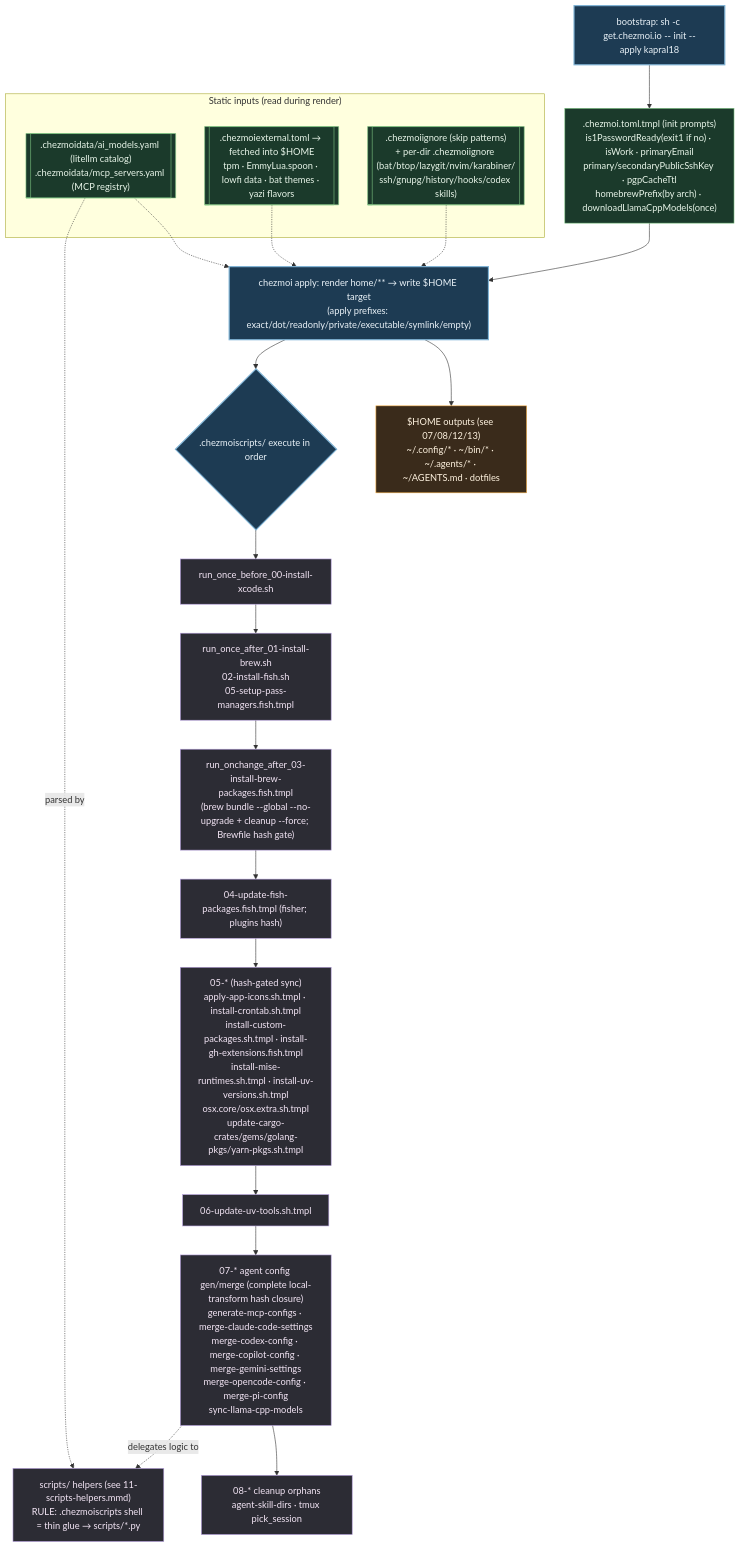
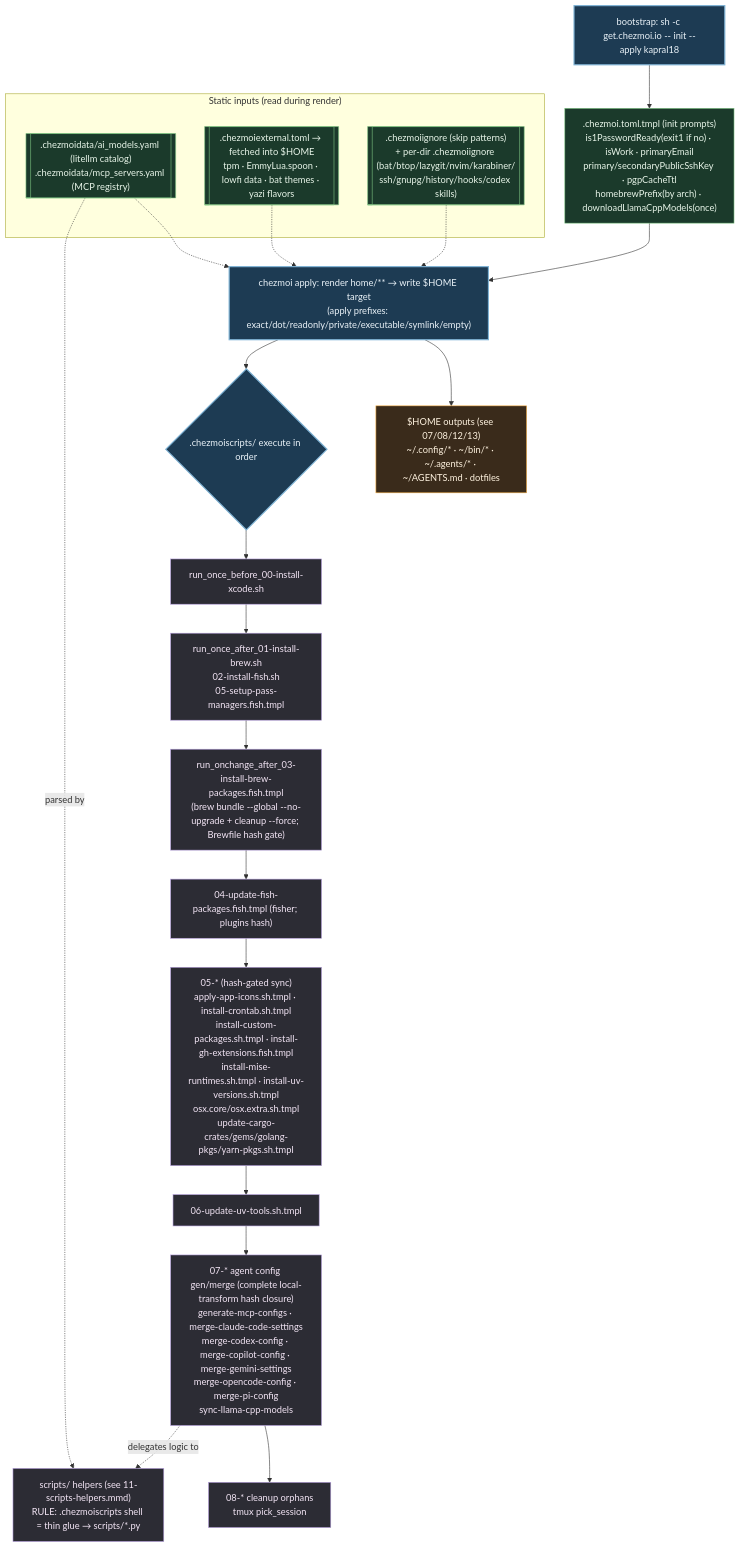
One commit to kapral18/dotfiles changed the diagram in .mermaids/01-chezmoi-pipeline.mmd. Above: the diagram before and after it, drawn with Mermaid. The commit also changed 315 other files, not shown here.

```diff
--- a/.mermaids/01-chezmoi-pipeline.mmd
+++ b/.mermaids/01-chezmoi-pipeline.mmd
@@ -1,41 +1,41 @@
 %% ============================================================================
 %% 01-chezmoi-pipeline.mmd — `chezmoi apply` lifecycle. Names EVERY hook in
-%% home/.chezmoiscripts/ (29) and every config/data input. Hooks run in
+%% home/.chezmoiscripts/ (28) and every config/data input. Hooks run in
 %% filename order: run_once_before < run_once_after < run_onchange_after,
 %% then numeric 00..08 within each class. *.tmpl = templated; .fish.tmpl run
 %% under fish; .sh / .sh.tmpl run under bash.
 %% ============================================================================
 flowchart TD
     classDef phase fill:#1d3b53,stroke:#7fb3d5,color:#eaf2f8,stroke-width:2px;
     classDef data fill:#1b3a2b,stroke:#81c784,color:#e8f5e9;
     classDef script fill:#2c2c34,stroke:#b39ddb,color:#f3e5f5;
     classDef out fill:#3a2b1b,stroke:#ffb74d,color:#fff3e0;
 
     BOOT["bootstrap: sh -c get.chezmoi.io -- init --apply kapral18"]:::phase
     INIT[".chezmoi.toml.tmpl (init prompts)<br/>is1PasswordReady(exit1 if no) · isWork · primaryEmail<br/>primary/secondaryPublicSshKey · pgpCacheTtl<br/>homebrewPrefix(by arch) · downloadLlamaCppModels(once)"]:::data
 
     subgraph INPUTS["Static inputs (read during render)"]
         DATA[[".chezmoidata/ai_models.yaml (litellm catalog)<br/>.chezmoidata/mcp_servers.yaml (MCP registry)"]]:::data
         EXT[[".chezmoiexternal.toml → fetched into $HOME<br/>tpm · EmmyLua.spoon · lowfi data · bat themes · yazi flavors"]]:::data
         IGN[[".chezmoiignore (skip patterns)<br/>+ per-dir .chezmoiignore (bat/btop/lazygit/nvim/karabiner/<br/>ssh/gnupg/history/hooks/codex skills)"]]:::data
     end
 
     BOOT --> INIT --> APPLY
     DATA & EXT & IGN -.-> APPLY
 
     APPLY["chezmoi apply: render home/** → write $HOME target<br/>(apply prefixes: exact/dot/readonly/private/executable/symlink/empty)"]:::phase
     APPLY --> TARGETS["$HOME outputs (see 07/08/12/13)<br/>~/.config/* · ~/bin/* · ~/.agents/* · ~/AGENTS.md · dotfiles"]:::out
 
     APPLY --> HOOKS{".chezmoiscripts/ execute in order"}:::phase
 
     HOOKS --> B0["run_once_before_00-install-xcode.sh"]:::script
     B0 --> A01["run_once_after_01-install-brew.sh<br/>02-install-fish.sh<br/>05-setup-pass-managers.fish.tmpl"]:::script
     A01 --> C03["run_onchange_after_03-install-brew-packages.fish.tmpl<br/>(brew bundle --global --no-upgrade + cleanup --force; Brewfile hash gate)"]:::script
     C03 --> C04["04-update-fish-packages.fish.tmpl (fisher; plugins hash)"]:::script
     C04 --> C05["05-* (hash-gated sync)<br/>apply-app-icons.sh.tmpl · install-crontab.sh.tmpl<br/>install-custom-packages.sh.tmpl · install-gh-extensions.fish.tmpl<br/>install-mise-runtimes.sh.tmpl · install-uv-versions.sh.tmpl<br/>osx.core/osx.extra.sh.tmpl<br/>update-cargo-crates/gems/golang-pkgs/yarn-pkgs.sh.tmpl"]:::script
     C05 --> C06["06-update-uv-tools.sh.tmpl"]:::script
     C06 --> C07["07-* agent config gen/merge (complete local-transform hash closure)<br/>generate-mcp-configs · merge-claude-code-settings<br/>merge-codex-config · merge-copilot-config · merge-gemini-settings<br/>merge-opencode-config · merge-pi-config<br/>sync-llama-cpp-models"]:::script
-    C07 --> C08["08-* cleanup orphans<br/>agent-skill-dirs · tmux pick_session"]:::script
+    C07 --> C08["08-* cleanup orphans<br/>tmux pick_session"]:::script
 
     C07 -. delegates logic to .-> HELP["scripts/ helpers (see 11-scripts-helpers.mmd)<br/>RULE: .chezmoiscripts shell = thin glue → scripts/*.py"]:::script
     DATA -.parsed by.-> HELP
```
